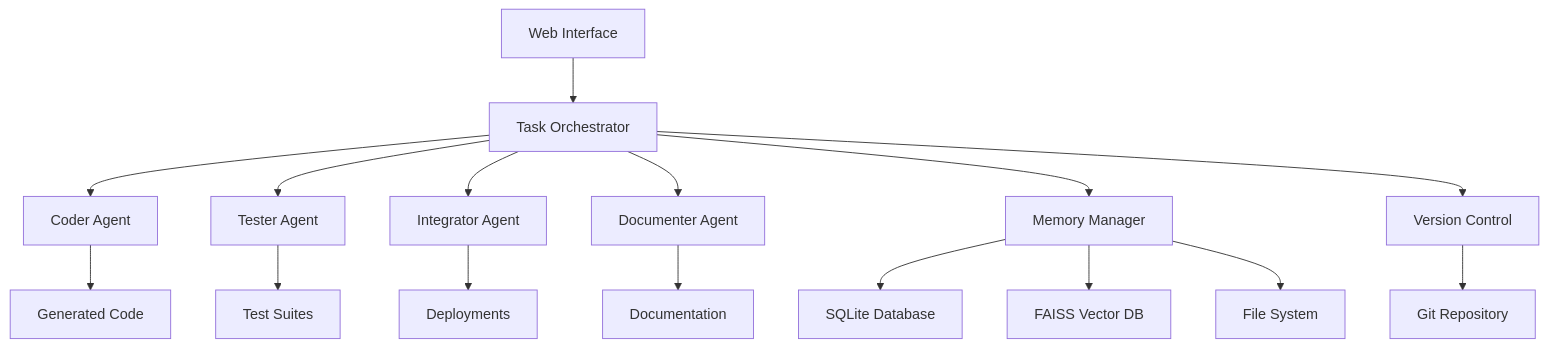
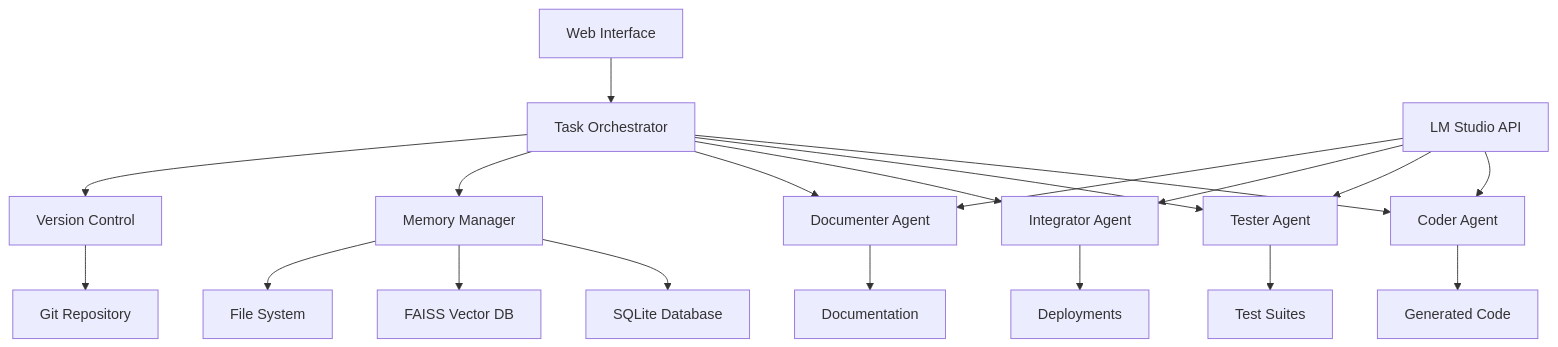
One commit to gghimire2041/ai-teams changed the diagram in readme.md. Above: the diagram before and after it, drawn with Mermaid. The commit also changed other lines of this file and 5 other files, not shown here.

````diff
--- a/readme.md
+++ b/readme.md
@@ -46,21 +53,26 @@
 ```mermaid
 graph TD
     A[Web Interface] --> B[Task Orchestrator]
     B --> C[Coder Agent]
     B --> D[Tester Agent]
     B --> E[Integrator Agent]
     B --> F[Documenter Agent]
     
     B --> G[Memory Manager]
     G --> H[SQLite Database]
     G --> I[FAISS Vector DB]
     G --> J[File System]
     
     B --> K[Version Control]
     K --> L[Git Repository]
     
-    C --> M[Generated Code]
-    D --> N[Test Suites]
-    E --> O[Deployments]
-    F --> P[Documentation]
+    M[LM Studio API] --> C
+    M --> D
+    M --> E
+    M --> F
+    
+    C --> N[Generated Code]
+    D --> O[Test Suites]
+    E --> P[Deployments]
+    F --> Q[Documentation]
 ```
````
